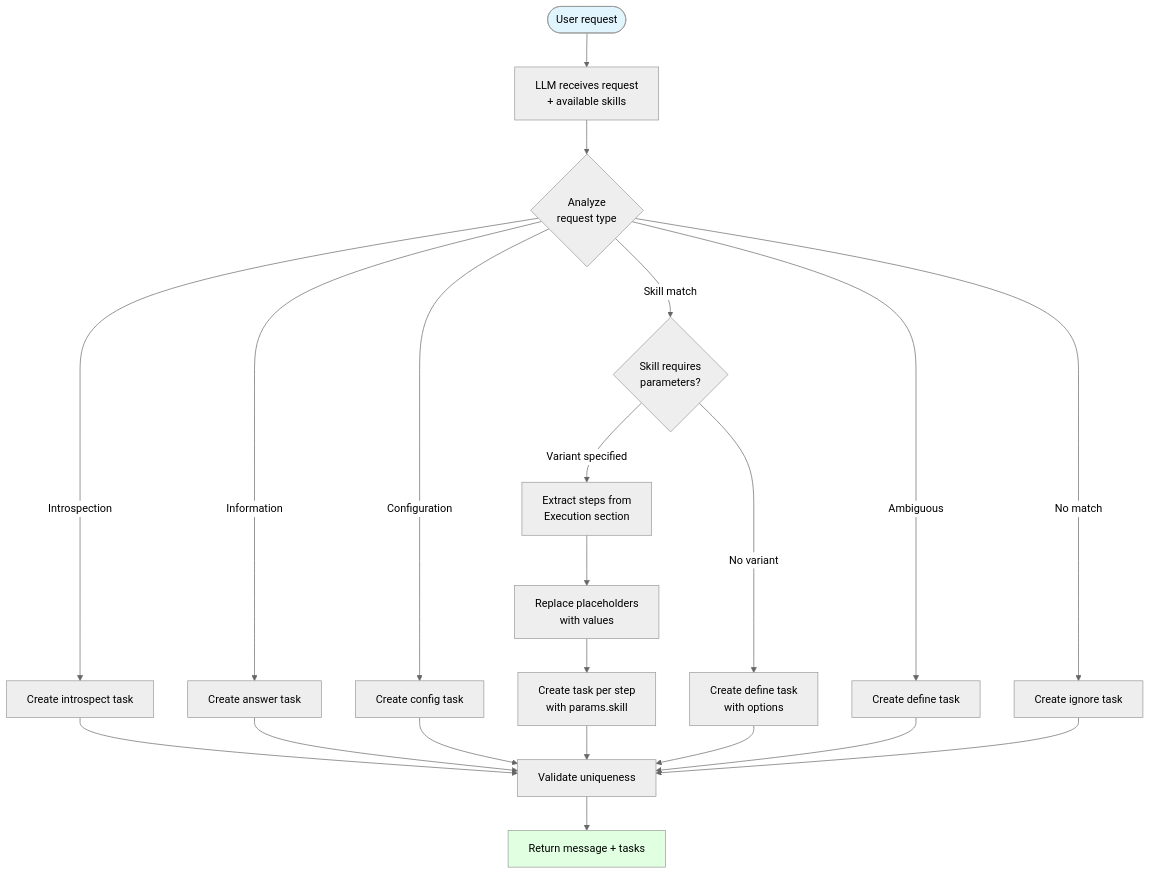
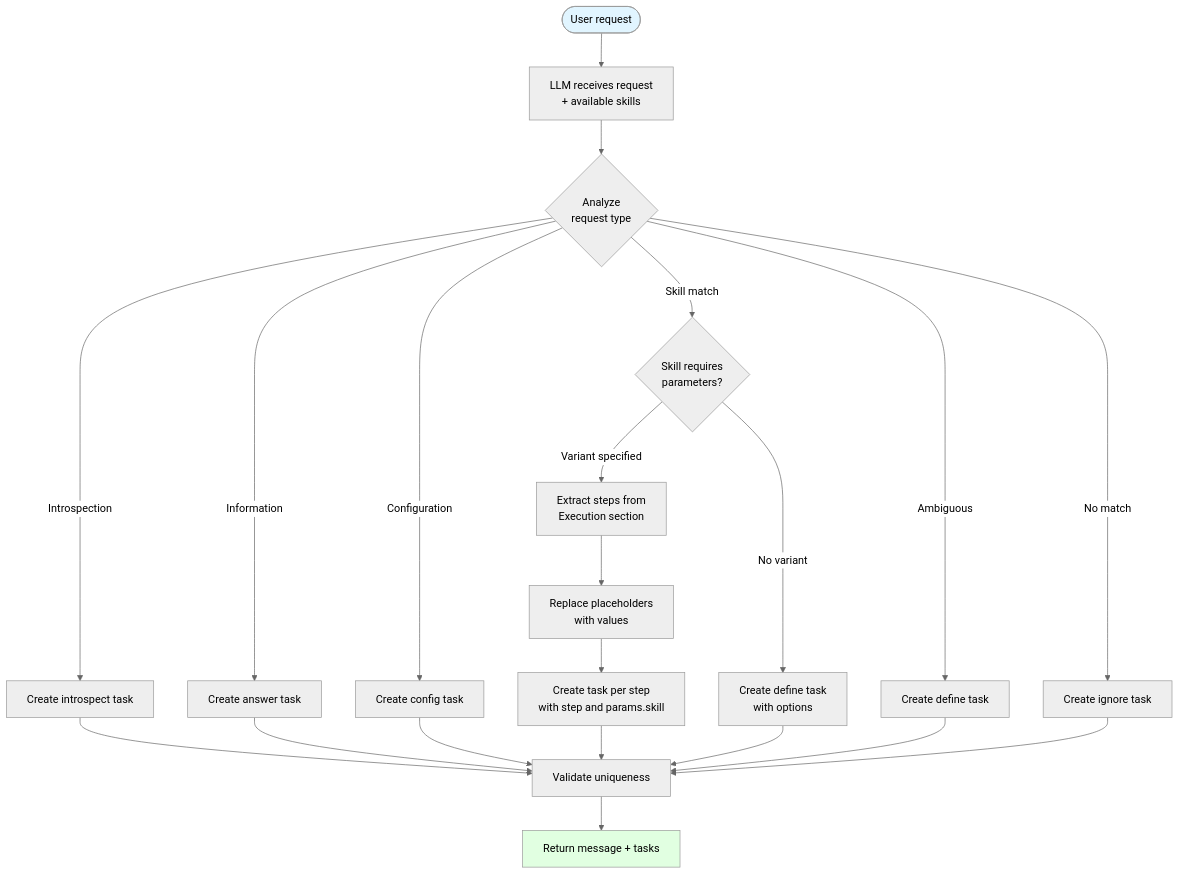
The third of 18 diagrams in FLOWS.md (aswitalski/pls), drawn with Mermaid (neutral theme) before and after one commit. The commit also changed other lines of this file and 9 other files, not shown here.

````diff
--- a/FLOWS.md
+++ b/FLOWS.md
@@ -147,31 +148,31 @@
 ```mermaid
 flowchart TD
     Start([User request]) --> ReceiveReq[LLM receives request<br/>+ available skills]
     ReceiveReq --> Analyze{Analyze<br/>request type}
 
     Analyze -->|Introspection| CreateIntrospect[Create introspect task]
     Analyze -->|Information| CreateAnswer[Create answer task]
     Analyze -->|Configuration| CreateConfig[Create config task]
     Analyze -->|Skill match| CheckSkill{Skill requires<br/>parameters?}
     Analyze -->|Ambiguous| CreateDefine[Create define task]
     Analyze -->|No match| CreateIgnore[Create ignore task]
 
     CheckSkill -->|Variant specified| ExtractSteps[Extract steps from<br/>Execution section]
     CheckSkill -->|No variant| CreateDefineOpts[Create define task<br/>with options]
 
     ExtractSteps --> ReplacePlaceholders[Replace placeholders<br/>with values]
-    ReplacePlaceholders --> CreateTasks[Create task per step<br/>with params.skill]
+    ReplacePlaceholders --> CreateTasks[Create task per step<br/>with step and params.skill]
 
     CreateIntrospect --> Validate
     CreateAnswer --> Validate
     CreateConfig --> Validate
     CreateTasks --> Validate
     CreateDefineOpts --> Validate
     CreateDefine --> Validate
     CreateIgnore --> Validate
 
     Validate[Validate uniqueness] --> Return[Return message + tasks]
 
     style Start fill:#e1f5ff
     style Return fill:#e1ffe1
 ```
````
